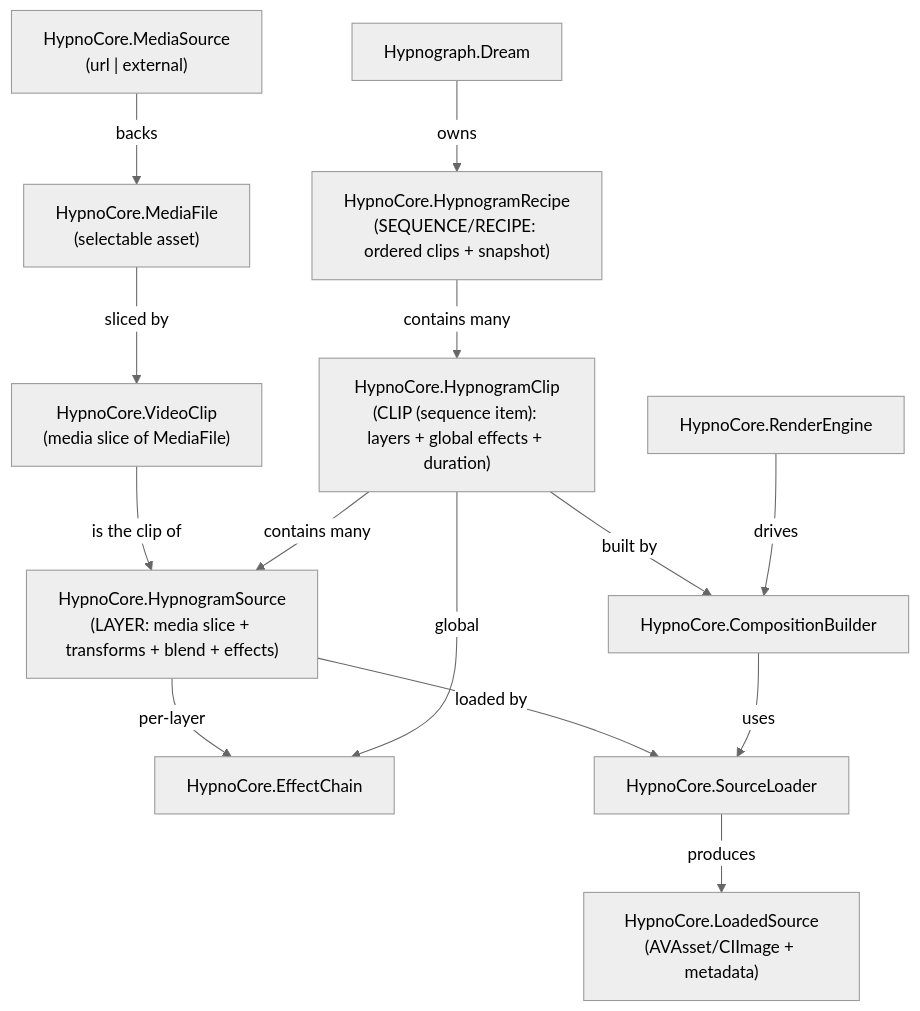
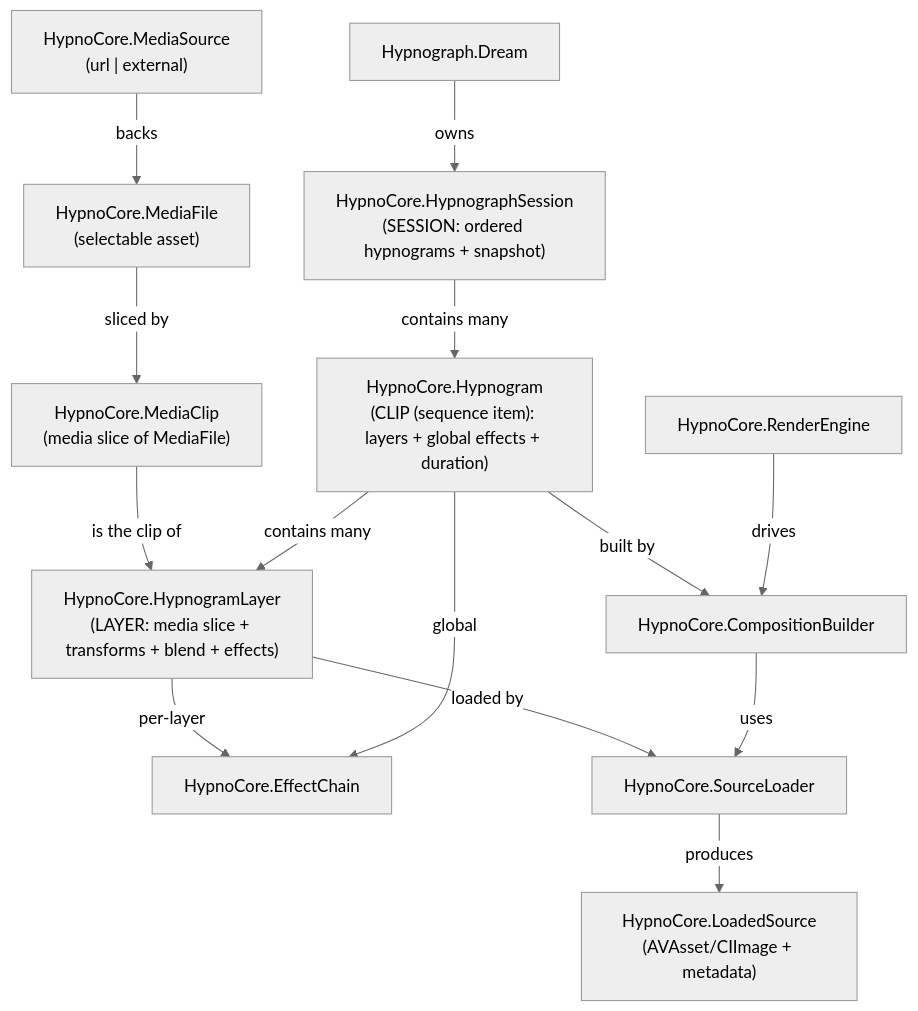
The first of 2 diagrams in docs/ontology/HypnographDomainDiagram.md (lorenjohnson/Hypnograph), drawn with Mermaid (neutral theme) before and after one commit. The commit also changed other lines of this file and 48 other files, not shown here.

````diff
--- a/docs/ontology/HypnographDomainDiagram.md
+++ b/docs/ontology/HypnographDomainDiagram.md
@@ -11,39 +11,39 @@
 ```mermaid
 graph TD
   %% Media models (origin of bytes)
   MediaSource["HypnoCore.MediaSource<br/>(url | external)"]
   MediaFile["HypnoCore.MediaFile<br/>(selectable asset)"]
-  VideoClip["HypnoCore.VideoClip<br/>(media slice of MediaFile)"]
+  MediaClip["HypnoCore.MediaClip<br/>(media slice of MediaFile)"]
 
   %% Recipe models (what to render)
-  HypnogramSource["HypnoCore.HypnogramSource<br/>(LAYER: media slice + transforms + blend + effects)"]
-  HypnogramClip["HypnoCore.HypnogramClip<br/>(CLIP (sequence item): layers + global effects + duration)"]
-  HypnogramRecipe["HypnoCore.HypnogramRecipe<br/>(SEQUENCE/RECIPE: ordered clips + snapshot)"]
+  HypnogramLayer["HypnoCore.HypnogramLayer<br/>(LAYER: media slice + transforms + blend + effects)"]
+  Hypnogram["HypnoCore.Hypnogram<br/>(CLIP (sequence item): layers + global effects + duration)"]
+  HypnographSession["HypnoCore.HypnographSession<br/>(SESSION: ordered hypnograms + snapshot)"]
   EffectChain["HypnoCore.EffectChain"]
 
   %% Renderer pipeline (how it renders)
   SourceLoader["HypnoCore.SourceLoader"]
   LoadedSource["HypnoCore.LoadedSource<br/>(AVAsset/CIImage + metadata)"]
   CompositionBuilder["HypnoCore.CompositionBuilder"]
   RenderEngine["HypnoCore.RenderEngine"]
 
   %% App state (who owns recipes)
   Dream["Hypnograph.Dream"]
 
   MediaSource -->|backs| MediaFile
-  MediaFile -->|sliced by| VideoClip
+  MediaFile -->|sliced by| MediaClip
 
-  VideoClip -->|is the clip of| HypnogramSource
-  HypnogramSource -->|per-layer| EffectChain
-  HypnogramClip -->|contains many| HypnogramSource
-  HypnogramClip -->|global| EffectChain
-  HypnogramRecipe -->|contains many| HypnogramClip
+  MediaClip -->|is the clip of| HypnogramLayer
+  HypnogramLayer -->|per-layer| EffectChain
+  Hypnogram -->|contains many| HypnogramLayer
+  Hypnogram -->|global| EffectChain
+  HypnographSession -->|contains many| Hypnogram
 
-  HypnogramSource -->|loaded by| SourceLoader
+  HypnogramLayer -->|loaded by| SourceLoader
   SourceLoader -->|produces| LoadedSource
-  HypnogramClip -->|built by| CompositionBuilder
+  Hypnogram -->|built by| CompositionBuilder
   CompositionBuilder -->|uses| SourceLoader
   RenderEngine -->|drives| CompositionBuilder
 
-  Dream -->|owns| HypnogramRecipe
+  Dream -->|owns| HypnographSession
 ```
````
